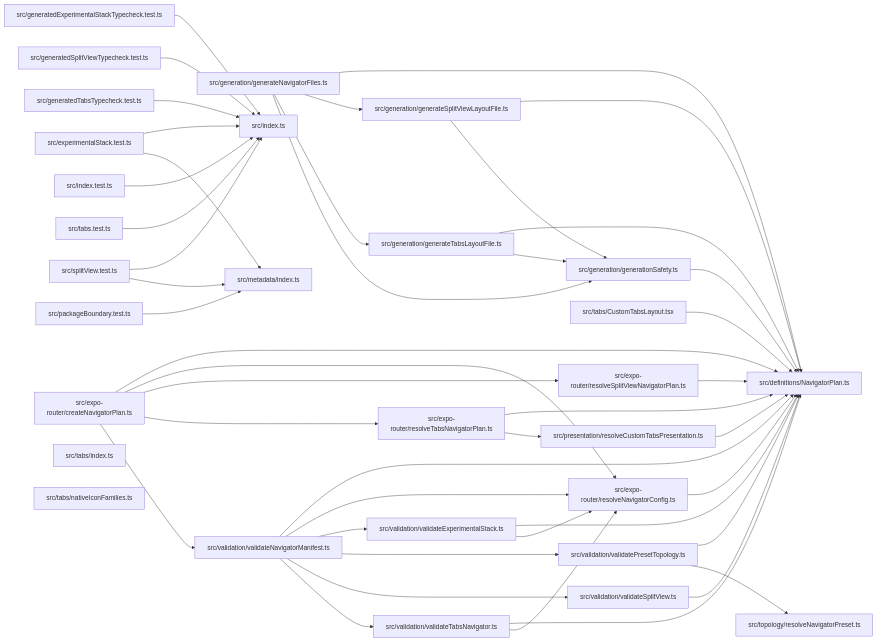
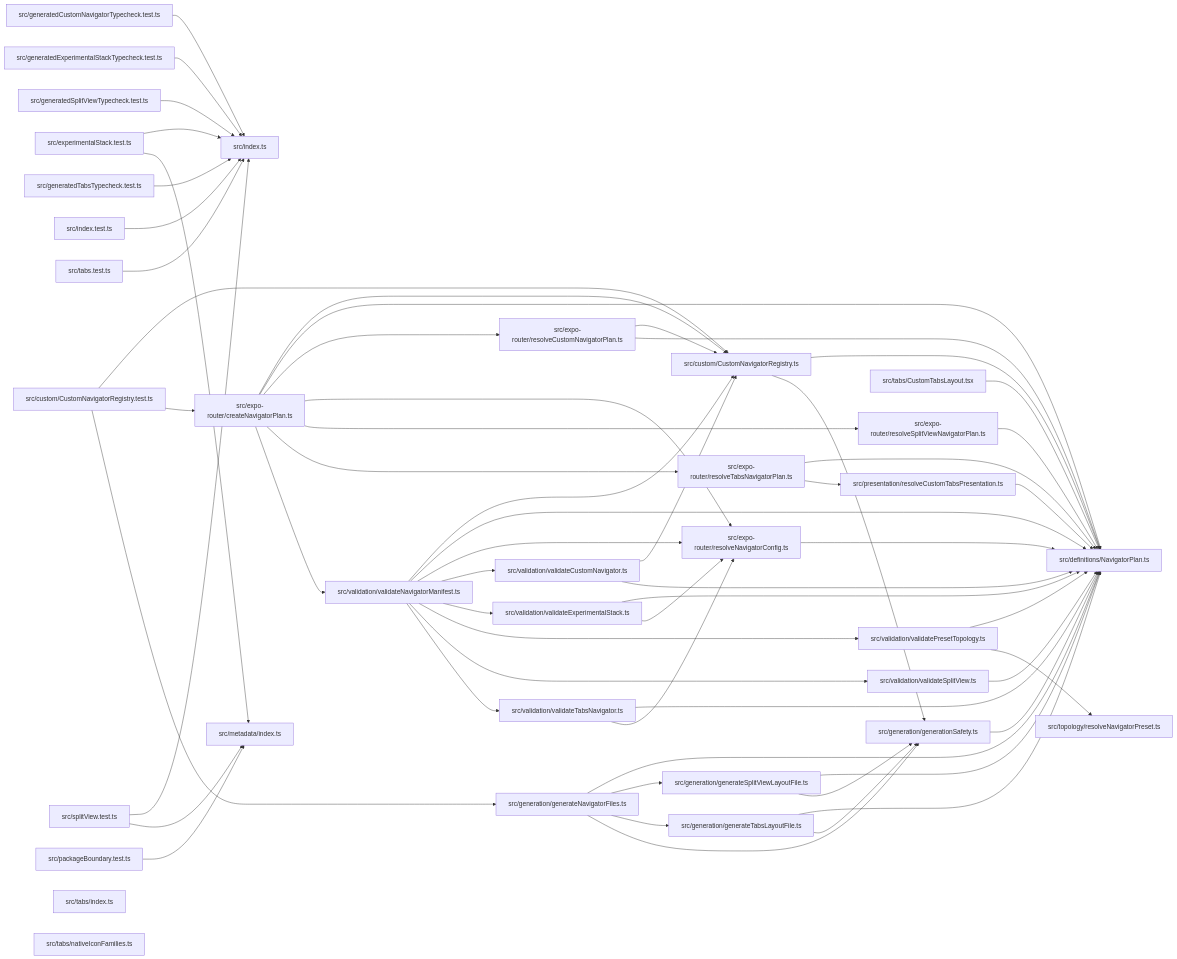
One commit to ankhorage/navigator changed the diagram in paradox/diagrams/module-relationships.mmd. Above: the diagram before and after it, drawn with Mermaid. The commit also changed 23 other files, not shown here.

Commit message:
feat: add typed custom navigator registry (#49)

```diff
--- a/paradox/diagrams/module-relationships.mmd
+++ b/paradox/diagrams/module-relationships.mmd
@@ -1,73 +1,92 @@
 graph LR
+  module_src_custom_CustomNavigatorRegistry_test_ts["src/custom/CustomNavigatorRegistry.test.ts"]
+  module_src_custom_CustomNavigatorRegistry_ts["src/custom/CustomNavigatorRegistry.ts"]
   module_src_definitions_NavigatorPlan_ts["src/definitions/NavigatorPlan.ts"]
   module_src_experimentalStack_test_ts["src/experimentalStack.test.ts"]
   module_src_expo_router_createNavigatorPlan_ts["src/expo-router/createNavigatorPlan.ts"]
+  module_src_expo_router_resolveCustomNavigatorPlan_ts["src/expo-router/resolveCustomNavigatorPlan.ts"]
   module_src_expo_router_resolveNavigatorConfig_ts["src/expo-router/resolveNavigatorConfig.ts"]
   module_src_expo_router_resolveSplitViewNavigatorPlan_ts["src/expo-router/resolveSplitViewNavigatorPlan.ts"]
   module_src_expo_router_resolveTabsNavigatorPlan_ts["src/expo-router/resolveTabsNavigatorPlan.ts"]
+  module_src_generatedCustomNavigatorTypecheck_test_ts["src/generatedCustomNavigatorTypecheck.test.ts"]
   module_src_generatedExperimentalStackTypecheck_test_ts["src/generatedExperimentalStackTypecheck.test.ts"]
   module_src_generatedSplitViewTypecheck_test_ts["src/generatedSplitViewTypecheck.test.ts"]
   module_src_generatedTabsTypecheck_test_ts["src/generatedTabsTypecheck.test.ts"]
   module_src_generation_generateNavigatorFiles_ts["src/generation/generateNavigatorFiles.ts"]
   module_src_generation_generateSplitViewLayoutFile_ts["src/generation/generateSplitViewLayoutFile.ts"]
   module_src_generation_generateTabsLayoutFile_ts["src/generation/generateTabsLayoutFile.ts"]
   module_src_generation_generationSafety_ts["src/generation/generationSafety.ts"]
   module_src_index_test_ts["src/index.test.ts"]
   module_src_index_ts["src/index.ts"]
   module_src_metadata_index_ts["src/metadata/index.ts"]
   module_src_packageBoundary_test_ts["src/packageBoundary.test.ts"]
   module_src_presentation_resolveCustomTabsPresentation_ts["src/presentation/resolveCustomTabsPresentation.ts"]
   module_src_splitView_test_ts["src/splitView.test.ts"]
   module_src_tabs_test_ts["src/tabs.test.ts"]
   module_src_tabs_CustomTabsLayout_tsx["src/tabs/CustomTabsLayout.tsx"]
   module_src_tabs_index_ts["src/tabs/index.ts"]
   module_src_tabs_nativeIconFamilies_ts["src/tabs/nativeIconFamilies.ts"]
   module_src_topology_resolveNavigatorPreset_ts["src/topology/resolveNavigatorPreset.ts"]
+  module_src_validation_validateCustomNavigator_ts["src/validation/validateCustomNavigator.ts"]
   module_src_validation_validateExperimentalStack_ts["src/validation/validateExperimentalStack.ts"]
   module_src_validation_validateNavigatorManifest_ts["src/validation/validateNavigatorManifest.ts"]
   module_src_validation_validatePresetTopology_ts["src/validation/validatePresetTopology.ts"]
   module_src_validation_validateSplitView_ts["src/validation/validateSplitView.ts"]
   module_src_validation_validateTabsNavigator_ts["src/validation/validateTabsNavigator.ts"]
+  module_src_custom_CustomNavigatorRegistry_test_ts --> module_src_custom_CustomNavigatorRegistry_ts
+  module_src_custom_CustomNavigatorRegistry_test_ts --> module_src_expo_router_createNavigatorPlan_ts
+  module_src_custom_CustomNavigatorRegistry_test_ts --> module_src_generation_generateNavigatorFiles_ts
+  module_src_custom_CustomNavigatorRegistry_ts --> module_src_definitions_NavigatorPlan_ts
+  module_src_custom_CustomNavigatorRegistry_ts --> module_src_generation_generationSafety_ts
   module_src_experimentalStack_test_ts --> module_src_index_ts
   module_src_experimentalStack_test_ts --> module_src_metadata_index_ts
+  module_src_expo_router_createNavigatorPlan_ts --> module_src_custom_CustomNavigatorRegistry_ts
   module_src_expo_router_createNavigatorPlan_ts --> module_src_definitions_NavigatorPlan_ts
+  module_src_expo_router_createNavigatorPlan_ts --> module_src_expo_router_resolveCustomNavigatorPlan_ts
   module_src_expo_router_createNavigatorPlan_ts --> module_src_expo_router_resolveNavigatorConfig_ts
   module_src_expo_router_createNavigatorPlan_ts --> module_src_expo_router_resolveSplitViewNavigatorPlan_ts
   module_src_expo_router_createNavigatorPlan_ts --> module_src_expo_router_resolveTabsNavigatorPlan_ts
   module_src_expo_router_createNavigatorPlan_ts --> module_src_validation_validateNavigatorManifest_ts
+  module_src_expo_router_resolveCustomNavigatorPlan_ts --> module_src_custom_CustomNavigatorRegistry_ts
+  module_src_expo_router_resolveCustomNavigatorPlan_ts --> module_src_definitions_NavigatorPlan_ts
   module_src_expo_router_resolveNavigatorConfig_ts --> module_src_definitions_NavigatorPlan_ts
   module_src_expo_router_resolveSplitViewNavigatorPlan_ts --> module_src_definitions_NavigatorPlan_ts
   module_src_expo_router_resolveTabsNavigatorPlan_ts --> module_src_definitions_NavigatorPlan_ts
   module_src_expo_router_resolveTabsNavigatorPlan_ts --> module_src_presentation_resolveCustomTabsPresentation_ts
+  module_src_generatedCustomNavigatorTypecheck_test_ts --> module_src_index_ts
   module_src_generatedExperimentalStackTypecheck_test_ts --> module_src_index_ts
   module_src_generatedSplitViewTypecheck_test_ts --> module_src_index_ts
   module_src_generatedTabsTypecheck_test_ts --> module_src_index_ts
   module_src_generation_generateNavigatorFiles_ts --> module_src_definitions_NavigatorPlan_ts
   module_src_generation_generateNavigatorFiles_ts --> module_src_generation_generateSplitViewLayoutFile_ts
   module_src_generation_generateNavigatorFiles_ts --> module_src_generation_generateTabsLayoutFile_ts
   module_src_generation_generateNavigatorFiles_ts --> module_src_generation_generationSafety_ts
   module_src_generation_generateSplitViewLayoutFile_ts --> module_src_definitions_NavigatorPlan_ts
   module_src_generation_generateSplitViewLayoutFile_ts --> module_src_generation_generationSafety_ts
   module_src_generation_generateTabsLayoutFile_ts --> module_src_definitions_NavigatorPlan_ts
   module_src_generation_generateTabsLayoutFile_ts --> module_src_generation_generationSafety_ts
   module_src_generation_generationSafety_ts --> module_src_definitions_NavigatorPlan_ts
   module_src_index_test_ts --> module_src_index_ts
   module_src_packageBoundary_test_ts --> module_src_metadata_index_ts
   module_src_presentation_resolveCustomTabsPresentation_ts --> module_src_definitions_NavigatorPlan_ts
   module_src_splitView_test_ts --> module_src_index_ts
   module_src_splitView_test_ts --> module_src_metadata_index_ts
   module_src_tabs_test_ts --> module_src_index_ts
   module_src_tabs_CustomTabsLayout_tsx --> module_src_definitions_NavigatorPlan_ts
+  module_src_validation_validateCustomNavigator_ts --> module_src_custom_CustomNavigatorRegistry_ts
+  module_src_validation_validateCustomNavigator_ts --> module_src_definitions_NavigatorPlan_ts
   module_src_validation_validateExperimentalStack_ts --> module_src_definitions_NavigatorPlan_ts
   module_src_validation_validateExperimentalStack_ts --> module_src_expo_router_resolveNavigatorConfig_ts
+  module_src_validation_validateNavigatorManifest_ts --> module_src_custom_CustomNavigatorRegistry_ts
   module_src_validation_validateNavigatorManifest_ts --> module_src_definitions_NavigatorPlan_ts
   module_src_validation_validateNavigatorManifest_ts --> module_src_expo_router_resolveNavigatorConfig_ts
+  module_src_validation_validateNavigatorManifest_ts --> module_src_validation_validateCustomNavigator_ts
   module_src_validation_validateNavigatorManifest_ts --> module_src_validation_validateExperimentalStack_ts
   module_src_validation_validateNavigatorManifest_ts --> module_src_validation_validatePresetTopology_ts
   module_src_validation_validateNavigatorManifest_ts --> module_src_validation_validateSplitView_ts
   module_src_validation_validateNavigatorManifest_ts --> module_src_validation_validateTabsNavigator_ts
   module_src_validation_validatePresetTopology_ts --> module_src_definitions_NavigatorPlan_ts
   module_src_validation_validatePresetTopology_ts --> module_src_topology_resolveNavigatorPreset_ts
   module_src_validation_validateSplitView_ts --> module_src_definitions_NavigatorPlan_ts
   module_src_validation_validateTabsNavigator_ts --> module_src_definitions_NavigatorPlan_ts
   module_src_validation_validateTabsNavigator_ts --> module_src_expo_router_resolveNavigatorConfig_ts
```
